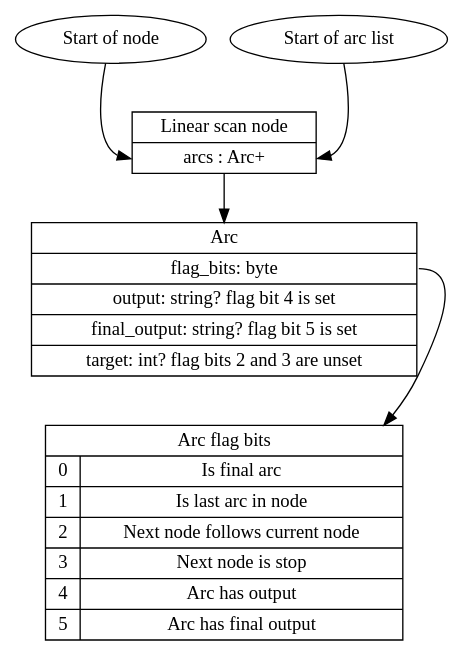
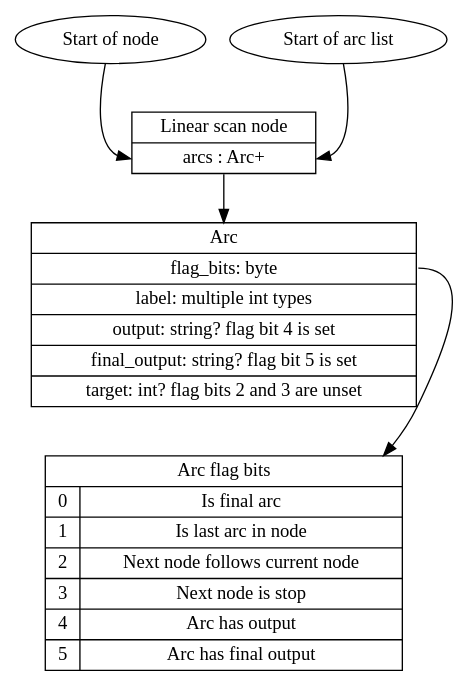
The diagram in doc/graphviz/fst-linear-scan.gv (sidharthkuruvila/ocaml-lucene), drawn with Graphviz before and after one commit. The commit also changed 11 other files, not shown here.

```diff
--- a/doc/graphviz/fst-linear-scan.gv
+++ b/doc/graphviz/fst-linear-scan.gv
@@ -1,32 +1,32 @@
 digraph G {
   start_of_node [
     label = "Start of node"
   ]
 
   pos_arc_start [
     label = "Start of arc list"
   ]
 
   linear_addressing_node [
     label = "{Linear scan node | <f0>arcs : Arc+}"
     shape = "record"
   ]
 
   start_of_node -> linear_addressing_node:f0
 
   pos_arc_start -> linear_addressing_node:f0
 
   linear_addressing_node:f0 -> arc
 
   arc [
-    label = "{Arc|<f0>flag_bits: byte| output: string? flag bit 4 is set | final_output: string? flag bit 5 is set|target: int? flag bits 2 and 3 are unset}"
+    label = "{Arc|<f0>flag_bits: byte| label: multiple int types  | output: string? flag bit 4 is set | final_output: string? flag bit 5 is set|target: int? flag bits 2 and 3 are unset}"
     shape = "record"
   ]
 
   arc_flag_bits [
     label = "{Arc flag bits|{ {0 | 1 | 2 | 3 | 4 | 5}| {Is final arc | Is last arc in node | Next node follows current node | Next node is stop | Arc has output | Arc has final output }}}"
     shape="record"
   ]
 
   arc:f0 -> arc_flag_bits
 }
```
